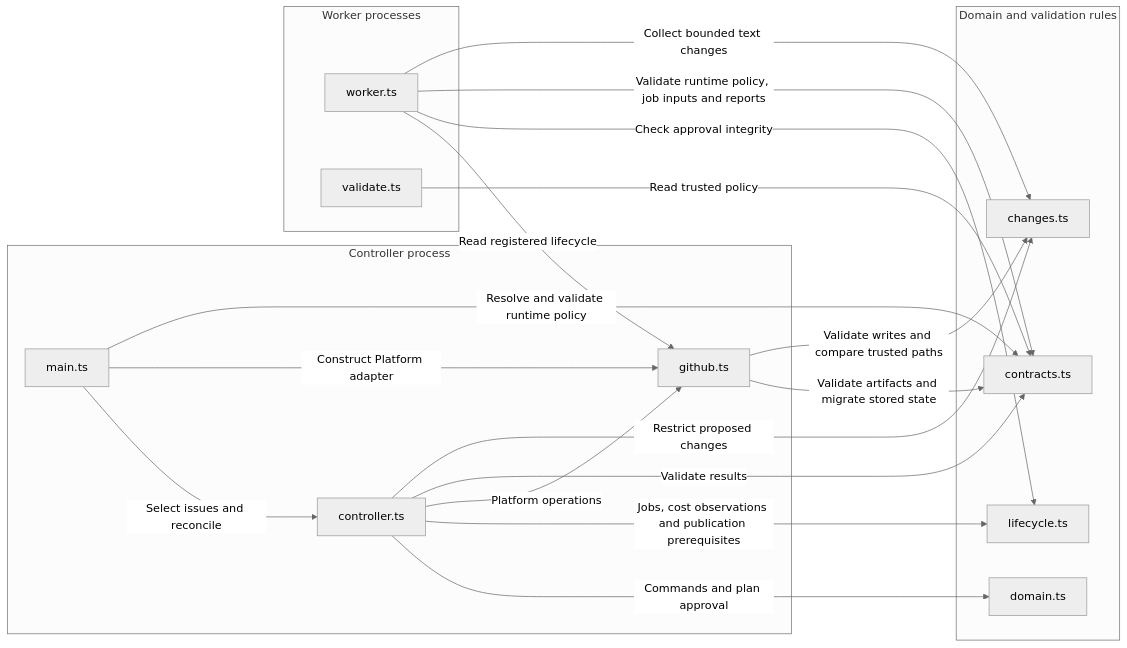
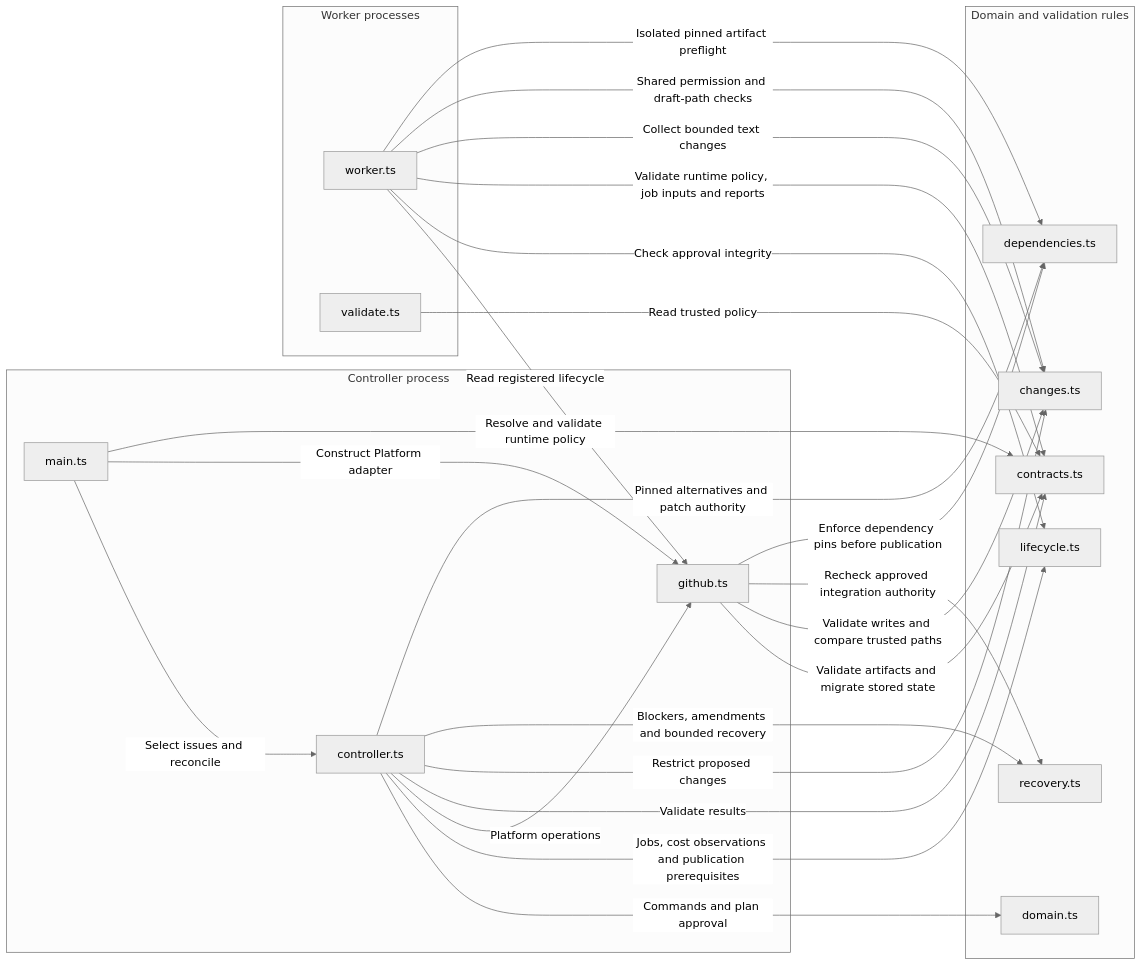
One commit to dav1dc-github-cs-org/agentic-sdlc-prototype changed the seventh of 7 diagrams in docs/architecture.md. Above: the diagram before and after it, drawn with Mermaid (neutral theme). The commit also changed other lines of this file and 29 other files, not shown here.

````diff
--- a/docs/architecture.md
+++ b/docs/architecture.md
@@ -683,33 +835,41 @@
 ```mermaid
 flowchart LR
     subgraph ComponentControl["Controller process"]
         ComponentMain["main.ts"]
         ComponentController["controller.ts"]
         ComponentGitHub["github.ts"]
     end
     subgraph ComponentRules["Domain and validation rules"]
         ComponentDomain["domain.ts"]
         ComponentLifecycle["lifecycle.ts"]
         ComponentContracts["contracts.ts"]
         ComponentChanges["changes.ts"]
+        ComponentRecovery["recovery.ts"]
+        ComponentDependencies["dependencies.ts"]
     end
     subgraph ComponentExecution["Worker processes"]
         ComponentWorker["worker.ts"]
         ComponentValidate["validate.ts"]
     end
     ComponentMain -->|"Select issues and reconcile"| ComponentController
     ComponentMain -->|"Construct Platform adapter"| ComponentGitHub
     ComponentMain -->|"Resolve and validate runtime policy"| ComponentContracts
     ComponentController -->|"Commands and plan approval"| ComponentDomain
     ComponentController -->|"Jobs, cost observations and publication prerequisites"| ComponentLifecycle
     ComponentController -->|"Platform operations"| ComponentGitHub
     ComponentController -->|"Validate results"| ComponentContracts
     ComponentController -->|"Restrict proposed changes"| ComponentChanges
+    ComponentController -->|"Blockers, amendments and bounded recovery"| ComponentRecovery
+    ComponentController -->|"Pinned alternatives and patch authority"| ComponentDependencies
     ComponentGitHub -->|"Validate artifacts and migrate stored state"| ComponentContracts
     ComponentGitHub -->|"Validate writes and compare trusted paths"| ComponentChanges
+    ComponentGitHub -->|"Recheck approved integration authority"| ComponentRecovery
+    ComponentGitHub -->|"Enforce dependency pins before publication"| ComponentDependencies
     ComponentWorker -->|"Read registered lifecycle"| ComponentGitHub
     ComponentWorker -->|"Check approval integrity"| ComponentLifecycle
     ComponentWorker -->|"Validate runtime policy, job inputs and reports"| ComponentContracts
     ComponentWorker -->|"Collect bounded text changes"| ComponentChanges
+    ComponentWorker -->|"Shared permission and draft-path checks"| ComponentChanges
+    ComponentWorker -->|"Isolated pinned artifact preflight"| ComponentDependencies
     ComponentValidate -->|"Read trusted policy"| ComponentContracts
 ```
````
